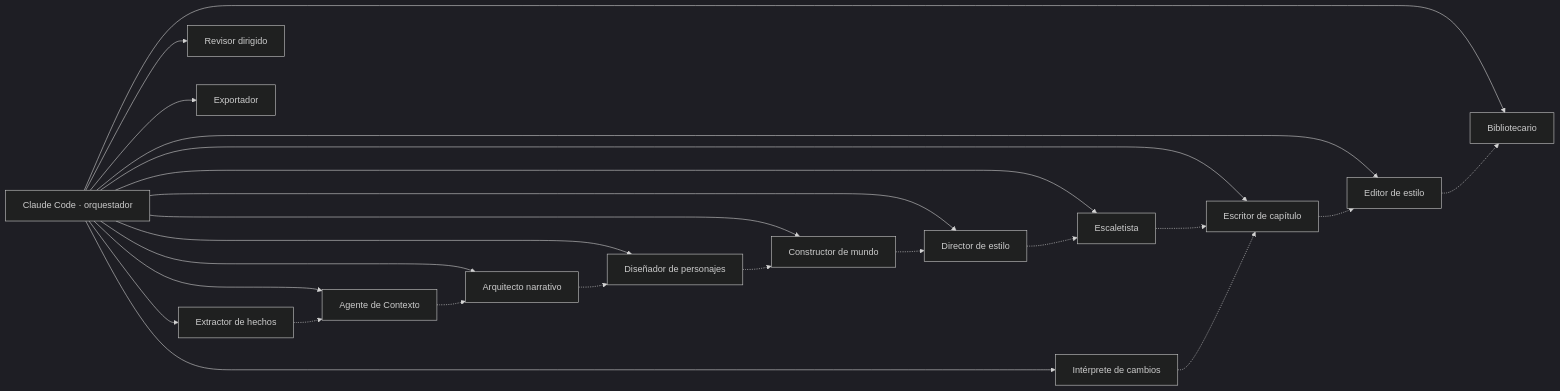
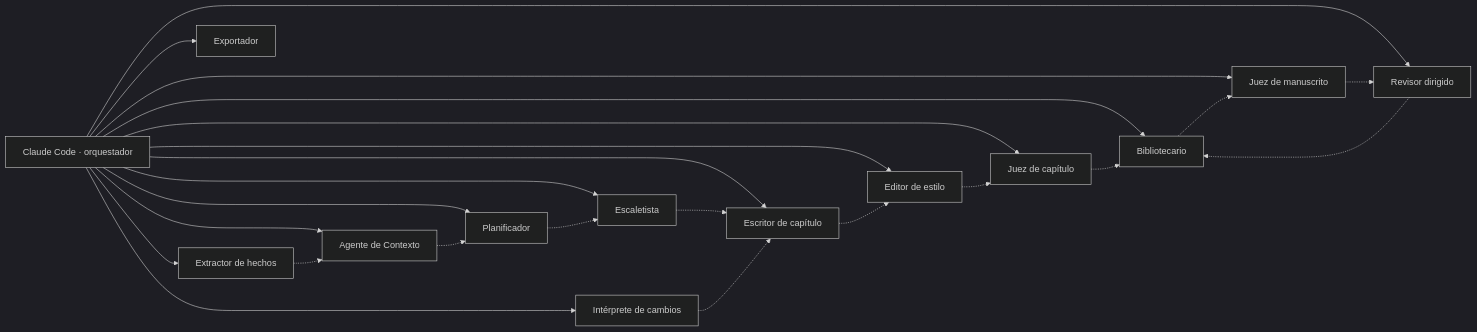
One commit to Asieribarz/my-story-marker changed the third of 10 diagrams in docs/architecture.md. Above: the diagram before and after it, drawn with Mermaid (dark theme). The commit also changed other lines of this file and 116 other files, not shown here.

````diff
--- a/docs/architecture.md
+++ b/docs/architecture.md
@@ -97,27 +99,27 @@
 ```mermaid
 flowchart LR
   ORQ["Claude Code · orquestador"]
   ORQ --> CTX["Agente de Contexto"]
   ORQ --> EXH["Extractor de hechos"]
-  ORQ --> ARQ["Arquitecto narrativo"]
-  ORQ --> PER["Diseñador de personajes"]
-  ORQ --> MUN["Constructor de mundo"]
-  ORQ --> EST["Director de estilo"]
+  ORQ --> PLA["Planificador"]
   ORQ --> ESC["Escaletista"]
   ORQ --> WRI["Escritor de capítulo"]
   ORQ --> EDI["Editor de estilo"]
   ORQ --> BIB["Bibliotecario"]
   ORQ --> REV["Revisor dirigido"]
   ORQ --> EXP["Exportador"]
   ORQ --> INT["Intérprete de cambios"]
+  ORQ --> JC["Juez de capítulo"]
+  ORQ --> JM["Juez de manuscrito"]
   EXH -.-> CTX
-  CTX -.-> ARQ
-  ARQ -.-> PER
-  PER -.-> MUN
-  MUN -.-> EST
-  EST -.-> ESC
+  CTX -.-> PLA
+  PLA -.-> ESC
   ESC -.-> WRI
   WRI -.-> EDI
-  EDI -.-> BIB
+  EDI -.-> JC
+  JC -.-> BIB
+  BIB -.-> JM
+  JM -.-> REV
+  REV -.-> BIB
   INT -.-> WRI
 ```
````
